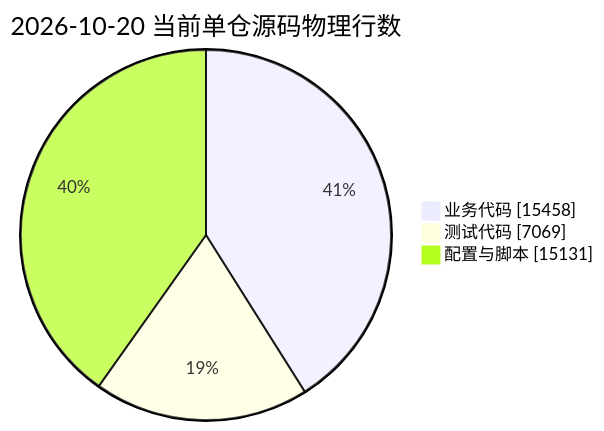
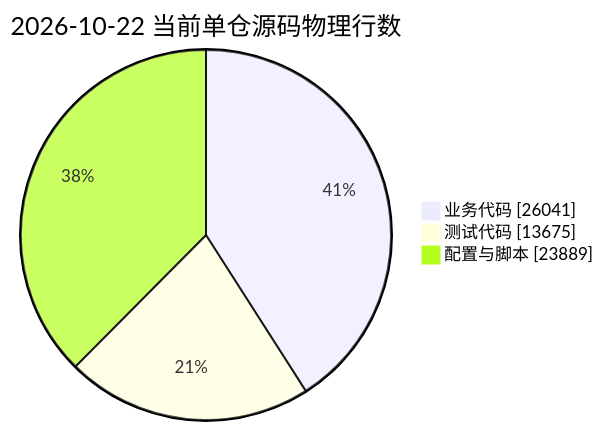
Before and after one commit to JobsKits/MacOS_Extension: the fourth of 4 diagrams in README.md, drawn with Mermaid. The commit also changed other lines of this file and 147 other files, not shown here.

````diff
--- a/README.md
+++ b/README.md
@@ -440,7 +469,7 @@
 ```mermaid
 pie showData
-    title 2026-10-20 当前单仓源码物理行数
-    "业务代码" : 15458
-    "测试代码" : 7069
-    "配置与脚本" : 15131
+    title 2026-10-22 当前单仓源码物理行数
+    "业务代码" : 26041
+    "测试代码" : 13675
+    "配置与脚本" : 23889
 ```
````
